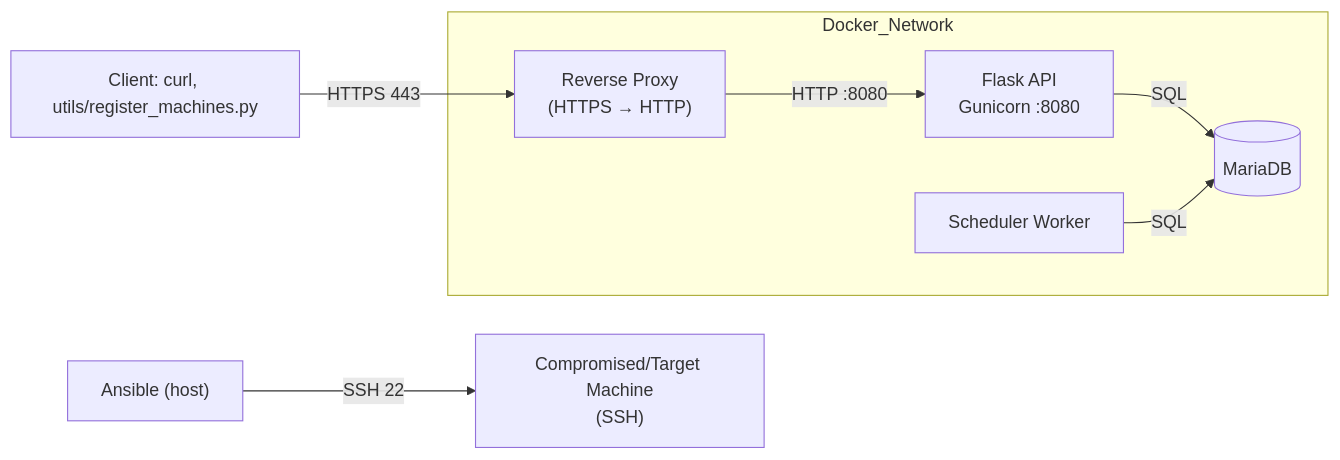
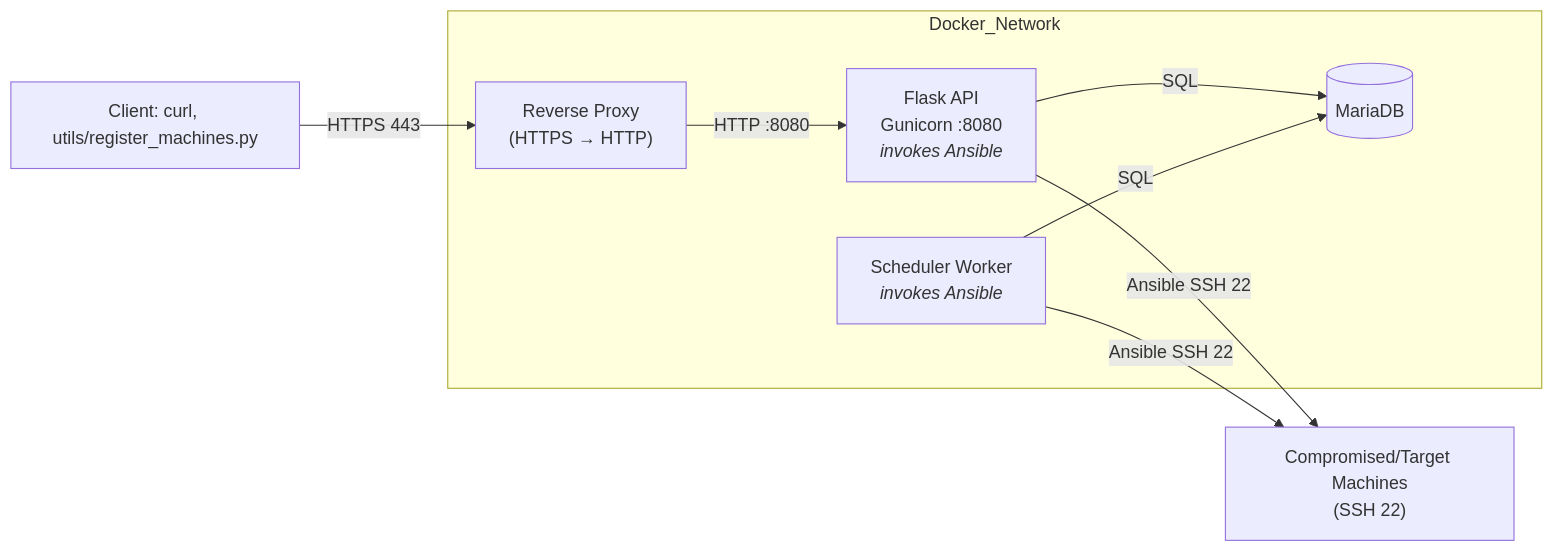
Before and after one commit to Jeomhps/projet-IAC: the diagram in README.md, drawn with Mermaid.

Commit message:
doc : fix the ansible hosts

````diff
--- a/README.md
+++ b/README.md
@@ -75,22 +75,22 @@
 ```mermaid
 flowchart LR
   Client["Client: curl, utils/register_machines.py"]
 
   subgraph Docker_Network
     RP["Reverse Proxy<br/>(HTTPS → HTTP)"]
-    API["Flask API<br/>Gunicorn :8080"]
-    SCHED["Scheduler Worker"]
+    API["Flask API<br/>Gunicorn :8080<br/><i>invokes Ansible</i>"]
+    SCHED["Scheduler Worker<br/><i>invokes Ansible</i>"]
     DB[(MariaDB)]
 
     RP -->|HTTP :8080| API
     API -->|SQL| DB
     SCHED -->|SQL| DB
   end
 
   Client -->|HTTPS 443| RP
 
-  ANS["Ansible (host)"]
-  TARGET["Compromised/Target Machine<br/>(SSH)"]
+  TARGETS["Compromised/Target Machines<br/>(SSH 22)"]
 
-  ANS -->|SSH 22| TARGET
+  API -->|Ansible SSH 22| TARGETS
+  SCHED -->|Ansible SSH 22| TARGETS
 ```
````
